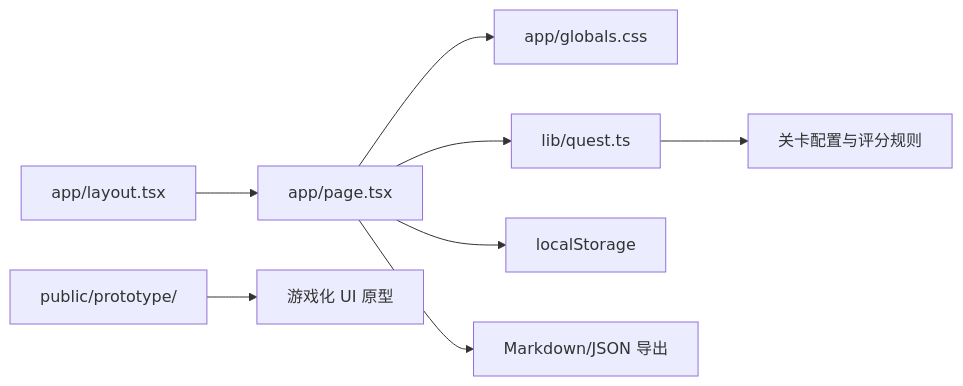
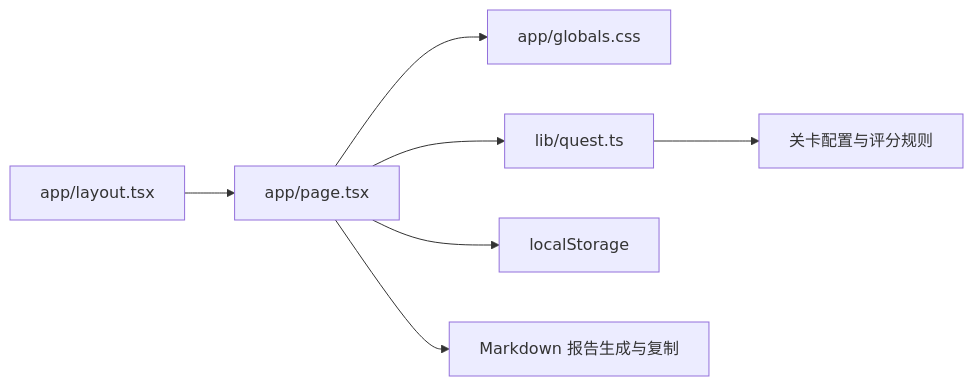
One commit to dzj18879323076-star/User-Experience-Platform changed the diagram in docs/TECH_SPEC.md. Above: the diagram before and after it, drawn with Mermaid. The commit also changed other lines of this file and 10 other files, not shown here.

````diff
--- a/docs/TECH_SPEC.md
+++ b/docs/TECH_SPEC.md
@@ -16,10 +16,9 @@
 ```mermaid
 flowchart LR
     A["app/layout.tsx"] --> B["app/page.tsx"]
     B --> C["app/globals.css"]
     B --> D["lib/quest.ts"]
     D --> E["关卡配置与评分规则"]
     B --> F["localStorage"]
-    B --> G["Markdown/JSON 导出"]
-    H["public/prototype/"] --> I["游戏化 UI 原型"]
+    B --> G["Markdown 报告生成与复制"]
 ```
````
